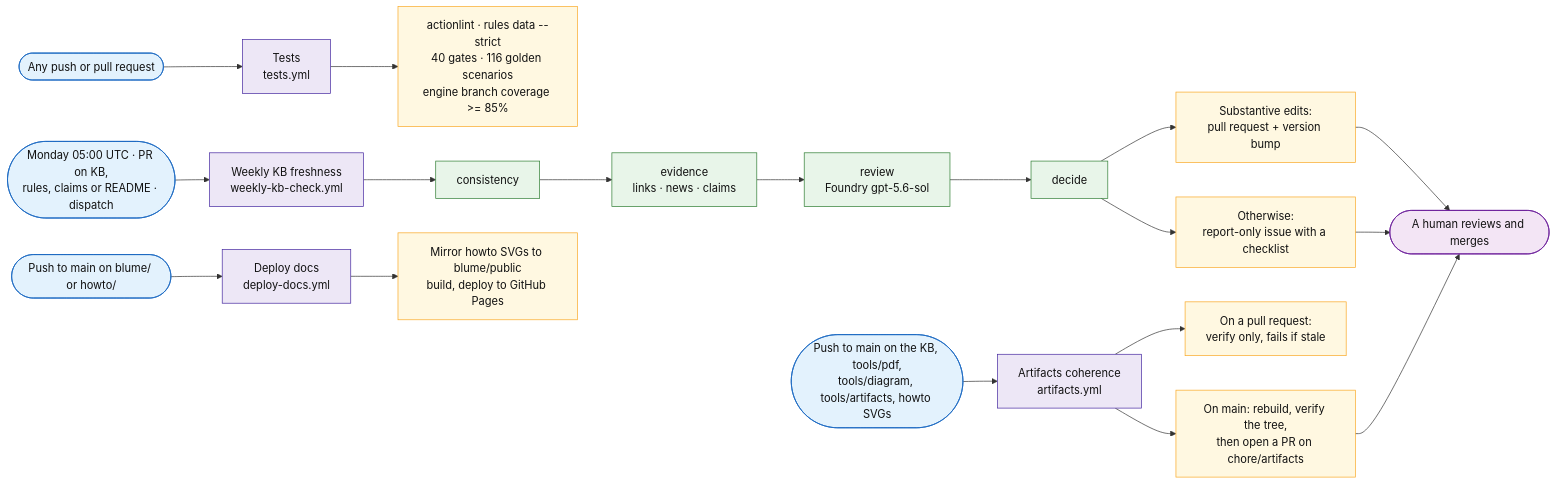
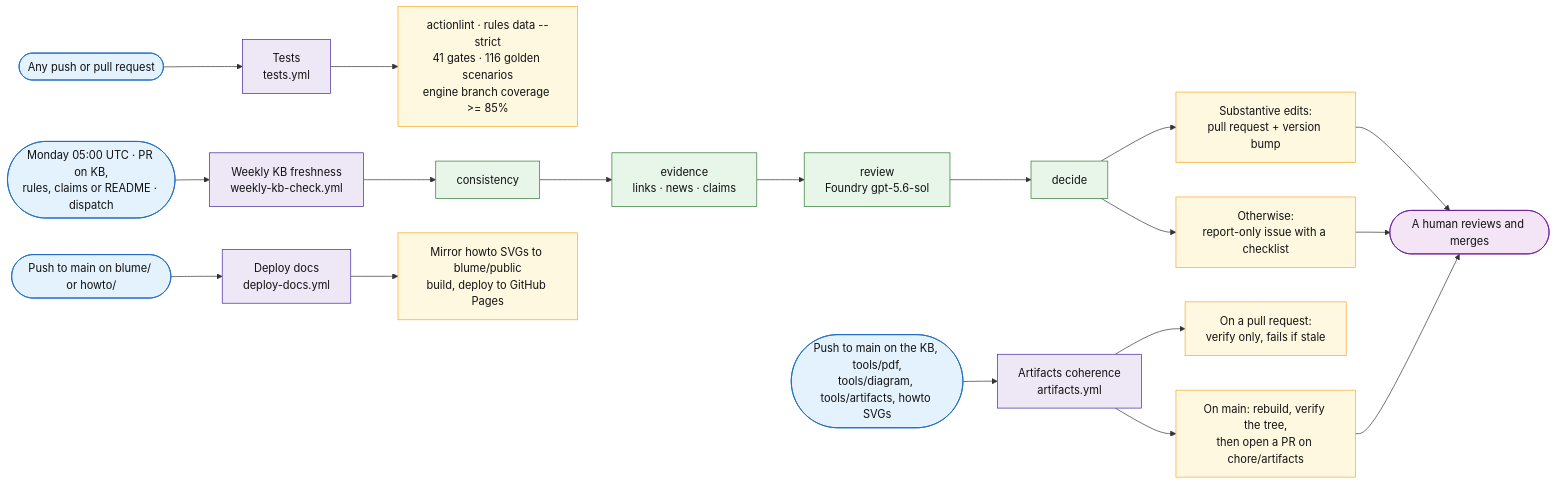
The sixth of 6 diagrams in docs/sql-migration-advisor-developer-pitch.md (fredgis/sql-migration-advisor), drawn with Mermaid before and after one commit. The commit also changed 9 other files, not shown here.

````diff
--- a/docs/sql-migration-advisor-developer-pitch.md
+++ b/docs/sql-migration-advisor-developer-pitch.md
@@ -991,33 +991,33 @@
 ```mermaid
 flowchart LR
     G1([Any push or pull request]) --> W1[Tests<br/>tests.yml]
     G2([Monday 05:00 UTC · PR on KB,<br/>rules, claims or README · dispatch]) --> W2[Weekly KB freshness<br/>weekly-kb-check.yml]
     G3([Push to main on the KB, tools/pdf,<br/>tools/diagram, tools/artifacts, howto SVGs]) --> W3[Artifacts coherence<br/>artifacts.yml]
     G4([Push to main on blume/ or howto/]) --> W4[Deploy docs<br/>deploy-docs.yml]
 
-    W1 --> O1[actionlint · rules data --strict<br/>40 gates · 116 golden scenarios<br/>engine branch coverage >= 85%]
+    W1 --> O1[actionlint · rules data --strict<br/>41 gates · 116 golden scenarios<br/>engine branch coverage >= 85%]
 
     W2 --> C1[consistency] --> C2[evidence<br/>links · news · claims] --> C3[review<br/>Foundry gpt-5.6-sol] --> C4[decide]
     C4 --> O2a[Substantive edits:<br/>pull request + version bump]
     C4 --> O2b[Otherwise:<br/>report-only issue with a checklist]
 
     W3 --> O3a[On a pull request:<br/>verify only, fails if stale]
     W3 --> O3b[On main: rebuild, verify the tree,<br/>then open a PR on chore/artifacts]
 
     W4 --> O4[Mirror howto SVGs to blume/public<br/>build, deploy to GitHub Pages]
 
     O2a --> H([A human reviews and merges])
     O2b --> H
     O3b --> H
 
     classDef trig fill:#e3f2fd,stroke:#1565c0,color:#111
     classDef flow fill:#ede7f6,stroke:#4527a0,color:#111
     classDef step fill:#e8f5e9,stroke:#2e7d32,color:#111
     classDef out fill:#fff8e1,stroke:#f9a825,color:#111
     classDef human fill:#f3e5f5,stroke:#6a1b9a,color:#111
     class G1,G2,G3,G4 trig
     class W1,W2,W3,W4 flow
     class C1,C2,C3,C4 step
     class O1,O2a,O2b,O3a,O3b,O4 out
     class H human
 ```
````
